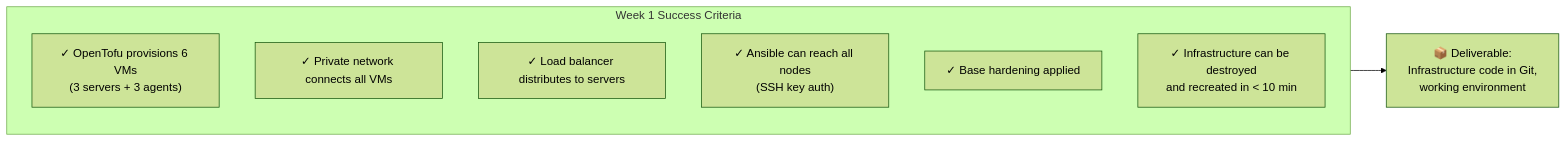
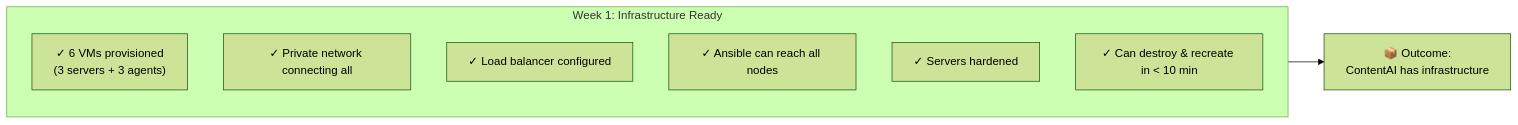
The second of 6 diagrams in DevOps/04-Internship/02-Week-by-Week.md (PearlThoughtsInternship/Internship-Obsidian-Vault), drawn with Mermaid (forest theme) before and after one commit. The commit also changed other lines of this file and 4 other files, not shown here.

First line of the commit message:
Reframe all internship docs around ContentAI product narrative

````diff
--- a/DevOps/04-Internship/02-Week-by-Week.md
+++ b/DevOps/04-Internship/02-Week-by-Week.md
@@ -85,15 +86,15 @@
 ```mermaid
 flowchart LR
-    subgraph Success["Week 1 Success Criteria"]
-        C1["✓ OpenTofu provisions 6 VMs<br/>(3 servers + 3 agents)"]
-        C2["✓ Private network connects all VMs"]
-        C3["✓ Load balancer distributes to servers"]
-        C4["✓ Ansible can reach all nodes<br/>(SSH key auth)"]
-        C5["✓ Base hardening applied"]
-        C6["✓ Infrastructure can be destroyed<br/>and recreated in < 10 min"]
+    subgraph Success["Week 1: Infrastructure Ready"]
+        C1["✓ 6 VMs provisioned\n(3 servers + 3 agents)"]
+        C2["✓ Private network connecting all"]
+        C3["✓ Load balancer configured"]
+        C4["✓ Ansible can reach all nodes"]
+        C5["✓ Servers hardened"]
+        C6["✓ Can destroy & recreate in < 10 min"]
     end
 
-    Deliverable["📦 Deliverable:<br/>Infrastructure code in Git,<br/>working environment"]
+    Outcome["📦 Outcome:\nContentAI has infrastructure"]
 
-    Success --> Deliverable
+    Success --> Outcome
 ```
````
